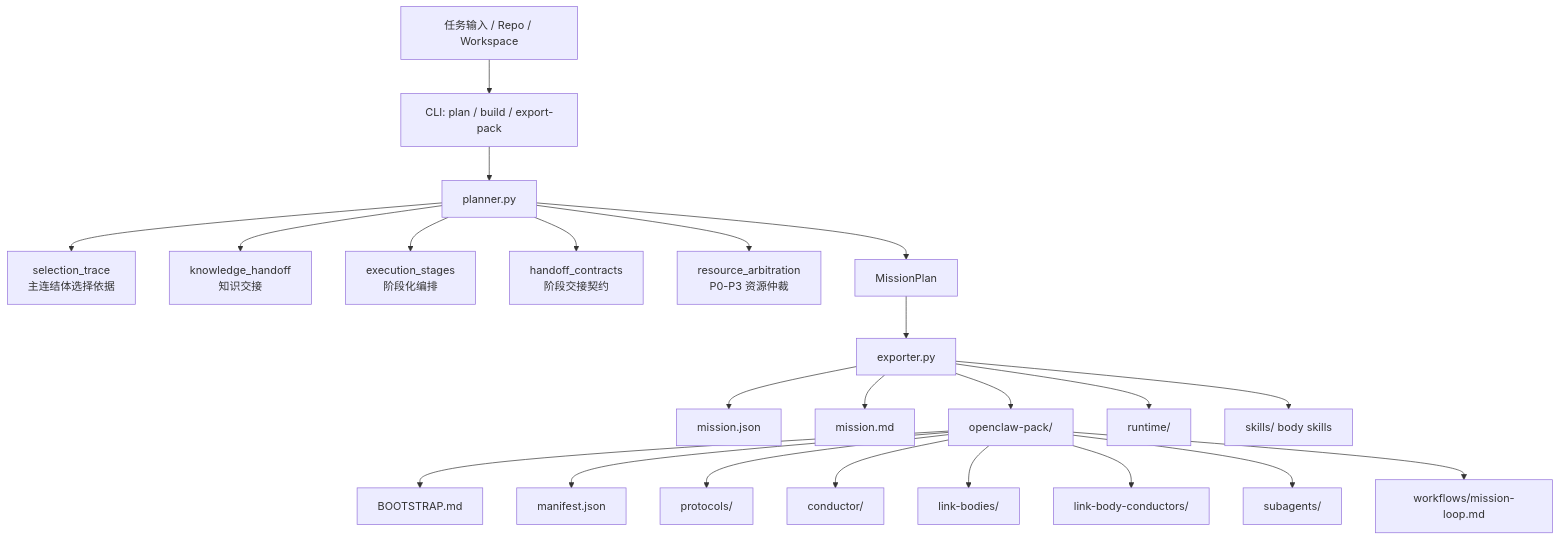
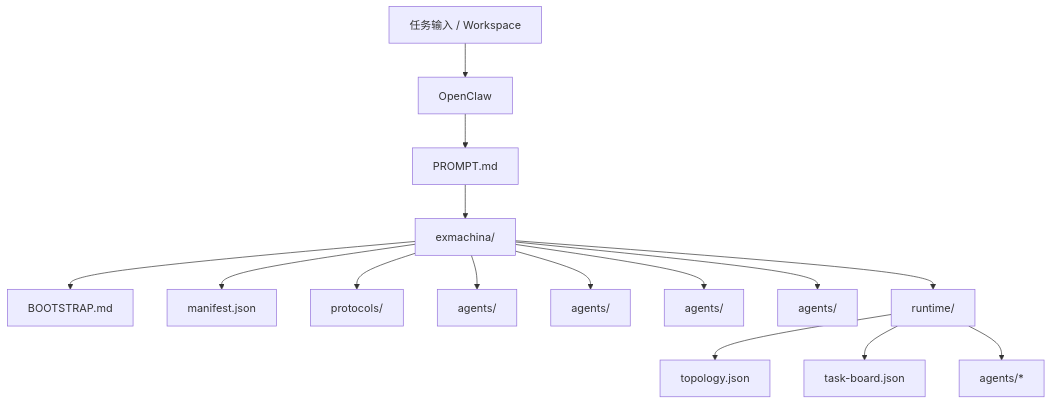
One commit to KurohaneKaoruko/ExMachina-Agents changed the first of 2 diagrams in docs/ARCHITECTURE.md. Above: the diagram before and after it, drawn with Mermaid. The commit also changed other lines of this file and 238 other files, not shown here.

````diff
--- a/docs/ARCHITECTURE.md
+++ b/docs/ARCHITECTURE.md
@@ -5,26 +5,17 @@
 ```mermaid
 flowchart TD
-    U[任务输入 / Repo / Workspace] --> CLI[CLI: plan / build / export-pack]
-    CLI --> P[planner.py]
-    P --> SEL[selection_trace\n主连结体选择依据]
-    P --> KH[knowledge_handoff\n知识交接]
-    P --> ST[execution_stages\n阶段化编排]
-    P --> HC[handoff_contracts\n阶段交接契约]
-    P --> RA[resource_arbitration\nP0-P3 资源仲裁]
-    P --> MP[MissionPlan]
-    MP --> EXP[exporter.py]
-    EXP --> MJ[mission.json]
-    EXP --> MM[mission.md]
-    EXP --> PACK[openclaw-pack/]
-    EXP --> RUNTIME[runtime/]
-    EXP --> SKILLS[skills/ body skills]
-
+    U[任务输入 / Workspace] --> OC[OpenClaw]
+    OC --> P[PROMPT.md]
+    P --> PACK[exmachina/]
     PACK --> BOOT[BOOTSTRAP.md]
     PACK --> MANI[manifest.json]
     PACK --> PROTO[protocols/]
-    PACK --> COND[conductor/]
-    PACK --> BODIES[link-bodies/]
-    PACK --> BODYC[link-body-conductors/]
-    PACK --> SUBS[subagents/]
-    PACK --> FLOW[workflows/mission-loop.md]
+    PACK --> COND[agents/]
+    PACK --> BODIES[agents/]
+    PACK --> BODYC[agents/]
+    PACK --> SUBS[agents/]
+    PACK --> RUNTIME[runtime/]
+    RUNTIME --> TOP[topology.json]
+    RUNTIME --> TASK[task-board.json]
+    RUNTIME --> AGENTS[agents/*]
 ```
````
